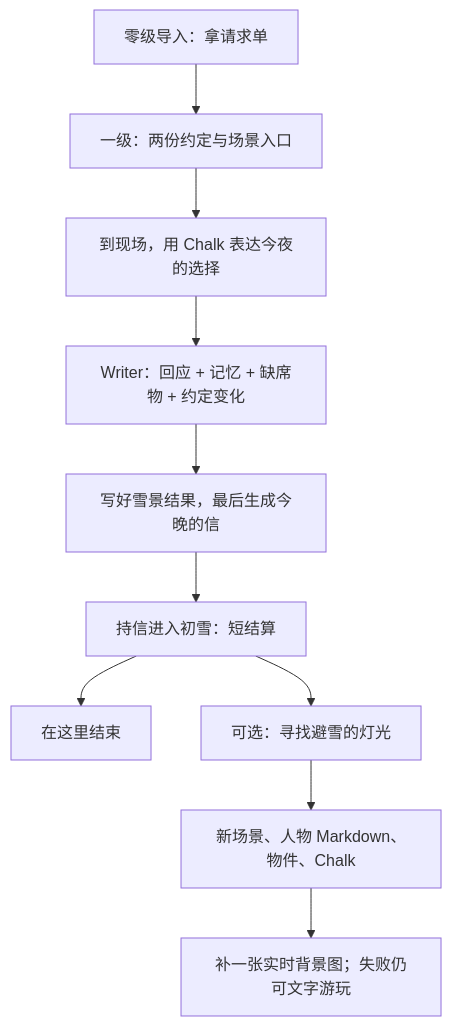
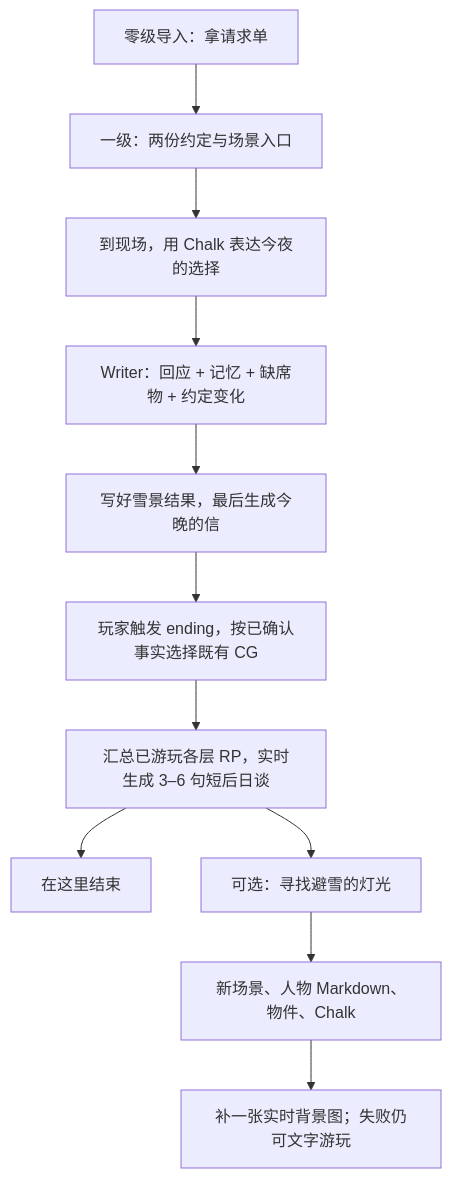
Before and after one commit to LudicDynamics/hackathon: the diagram in docs/初雪短闭环与AI生长验收.md, drawn with Mermaid. The commit also changed other lines of this file and 11 other files, not shown here.

````diff
--- a/docs/初雪短闭环与AI生长验收.md
+++ b/docs/初雪短闭环与AI生长验收.md
@@ -19,12 +20,13 @@
 ```mermaid
 flowchart TD
     A[零级导入：拿请求单] --> B[一级：两份约定与场景入口]
     B --> C[到现场，用 Chalk 表达今夜的选择]
     C --> D[Writer：回应 + 记忆 + 缺席物 + 约定变化]
     D --> E[写好雪景结果，最后生成今晚的信]
-    E --> F[持信进入初雪：短结算]
-    F --> G[在这里结束]
-    F --> H[可选：寻找避雪的灯光]
+    E --> F[玩家触发 ending，按已确认事实选择既有 CG]
+    F --> P[汇总已游玩各层 RP，实时生成 3–6 句短后日谈]
+    P --> G[在这里结束]
+    P --> H[可选：寻找避雪的灯光]
     H --> I[新场景、人物 Markdown、物件、Chalk]
     I --> J[补一张实时背景图；失败仍可文字游玩]
 ```
````
